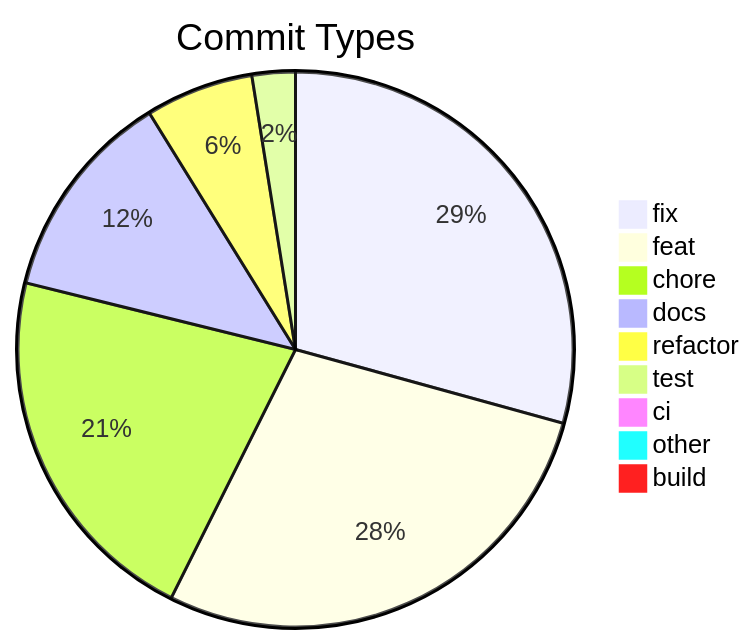
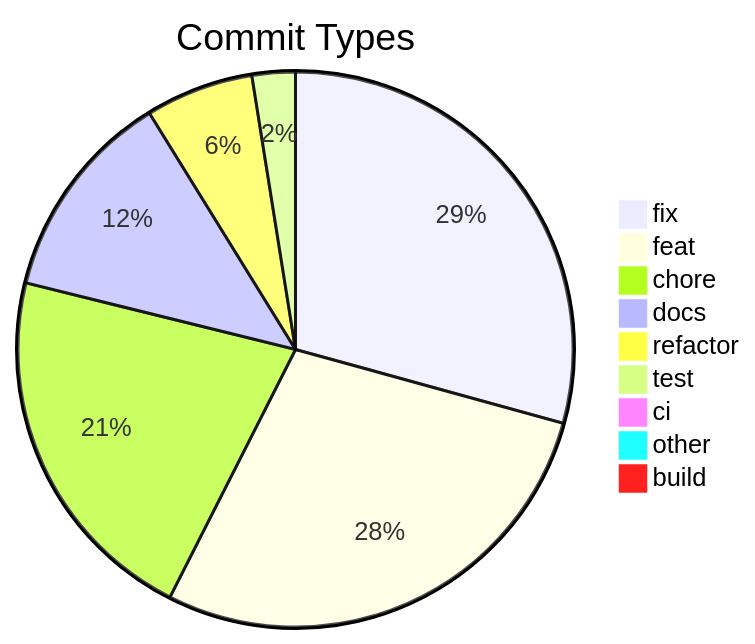
One commit to svenroth-ai/shipwright changed the diagram in .shipwright/compliance/change-history.md. Above: the diagram before and after it, drawn with Mermaid. The commit also changed other lines of this file and 44 other files, not shown here.

````diff
--- a/.shipwright/compliance/change-history.md
+++ b/.shipwright/compliance/change-history.md
@@ -8,12 +9,12 @@
 ```mermaid
 pie title Commit Types
     "fix" : 349
-    "feat" : 335
-    "chore" : 256
+    "feat" : 336
+    "chore" : 255
     "docs" : 147
     "refactor" : 75
     "test" : 30
     "ci" : 11
     "other" : 9
     "build" : 1
 ```
````
